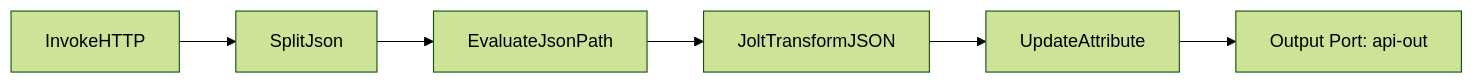
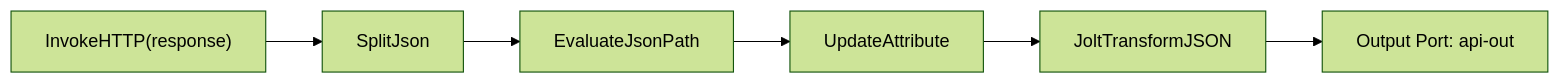
Before and after one commit to roadseeker/study-data-pipeline: the third of 8 diagrams in config/nifi/process-group-design.md, drawn with Mermaid (forest theme). The commit also changed other lines of this file and 9 other files, not shown here.

````diff
--- a/config/nifi/process-group-design.md
+++ b/config/nifi/process-group-design.md
@@ -193,8 +193,8 @@
 ```mermaid
 flowchart LR
-    A["InvokeHTTP"] --> B["SplitJson"]
+    A["InvokeHTTP(response)"] --> B["SplitJson"]
     B --> C["EvaluateJsonPath"]
-    C --> D["JoltTransformJSON"]
-    D --> E["UpdateAttribute"]
+    C --> D["UpdateAttribute"]
+    D --> E["JoltTransformJSON"]
     E --> F["Output Port: api-out"]
 ```
````
